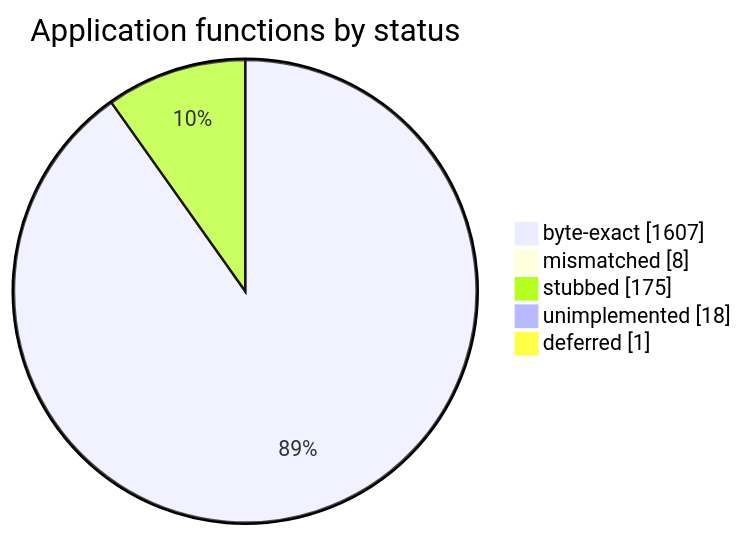
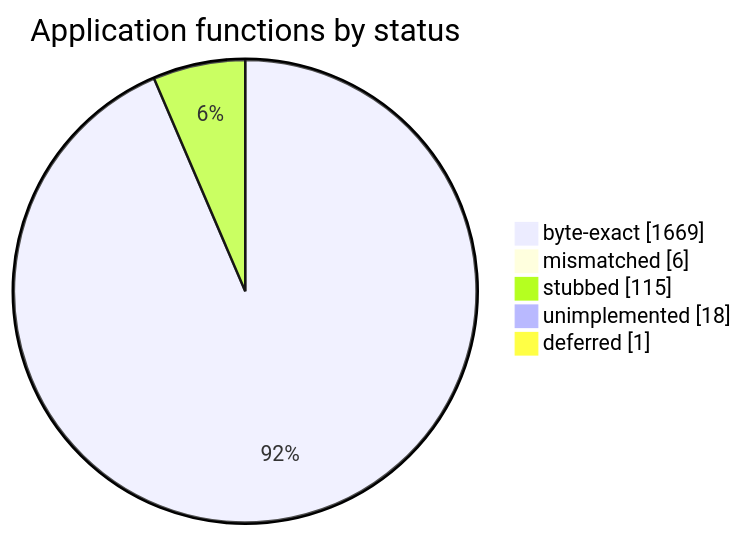
One commit to sorokya/eos changed the diagram in README.md. Above: the diagram before and after it, drawn with Mermaid. The commit also changed other lines of this file and 3 other files, not shown here.

````diff
--- a/README.md
+++ b/README.md
@@ -152,9 +152,9 @@
 ```mermaid
 pie showData
     title Application functions by status
-    "byte-exact" : 1607
-    "mismatched" : 8
-    "stubbed" : 175
+    "byte-exact" : 1669
+    "mismatched" : 6
+    "stubbed" : 115
     "unimplemented" : 18
     "deferred" : 1
 ```
````
